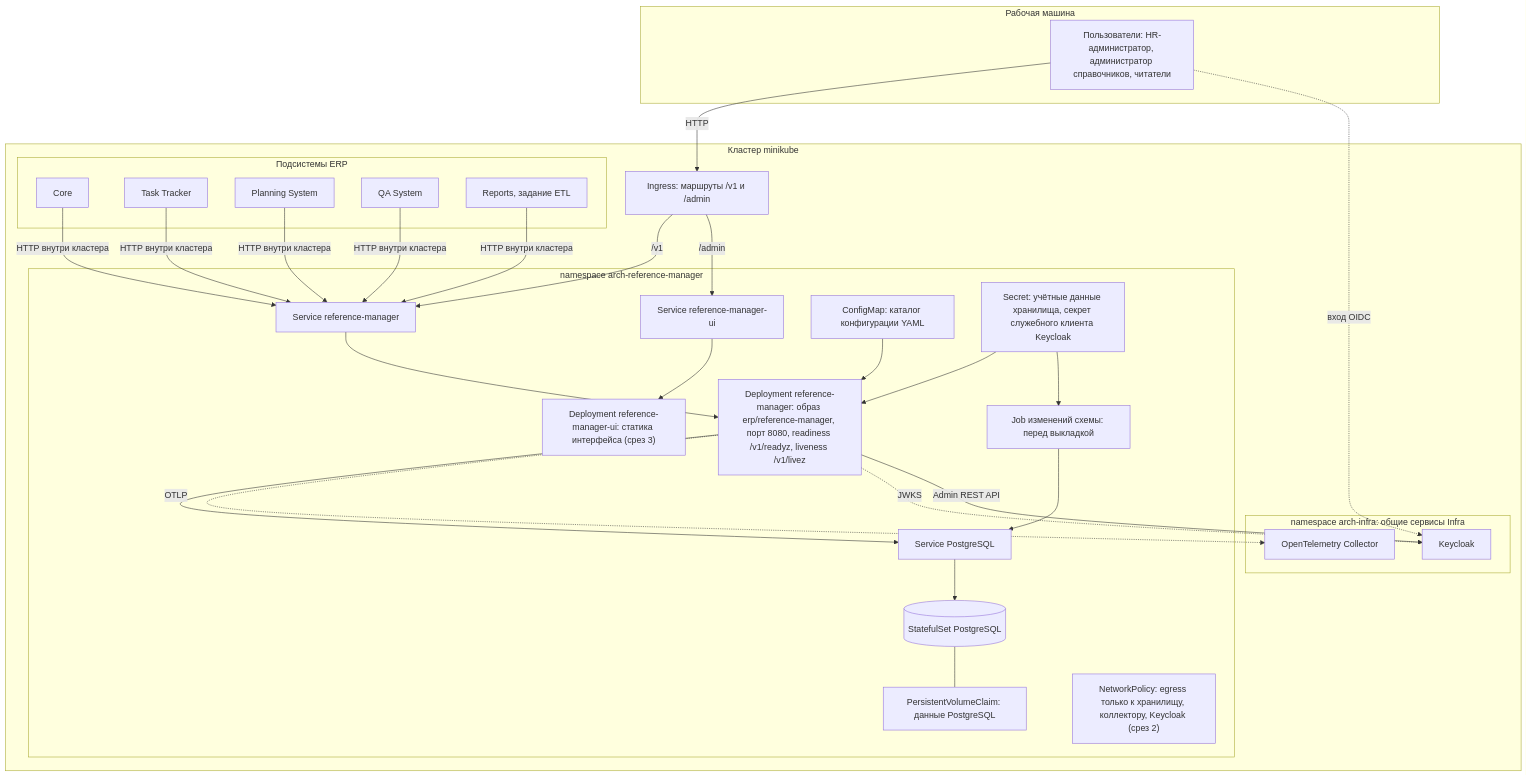
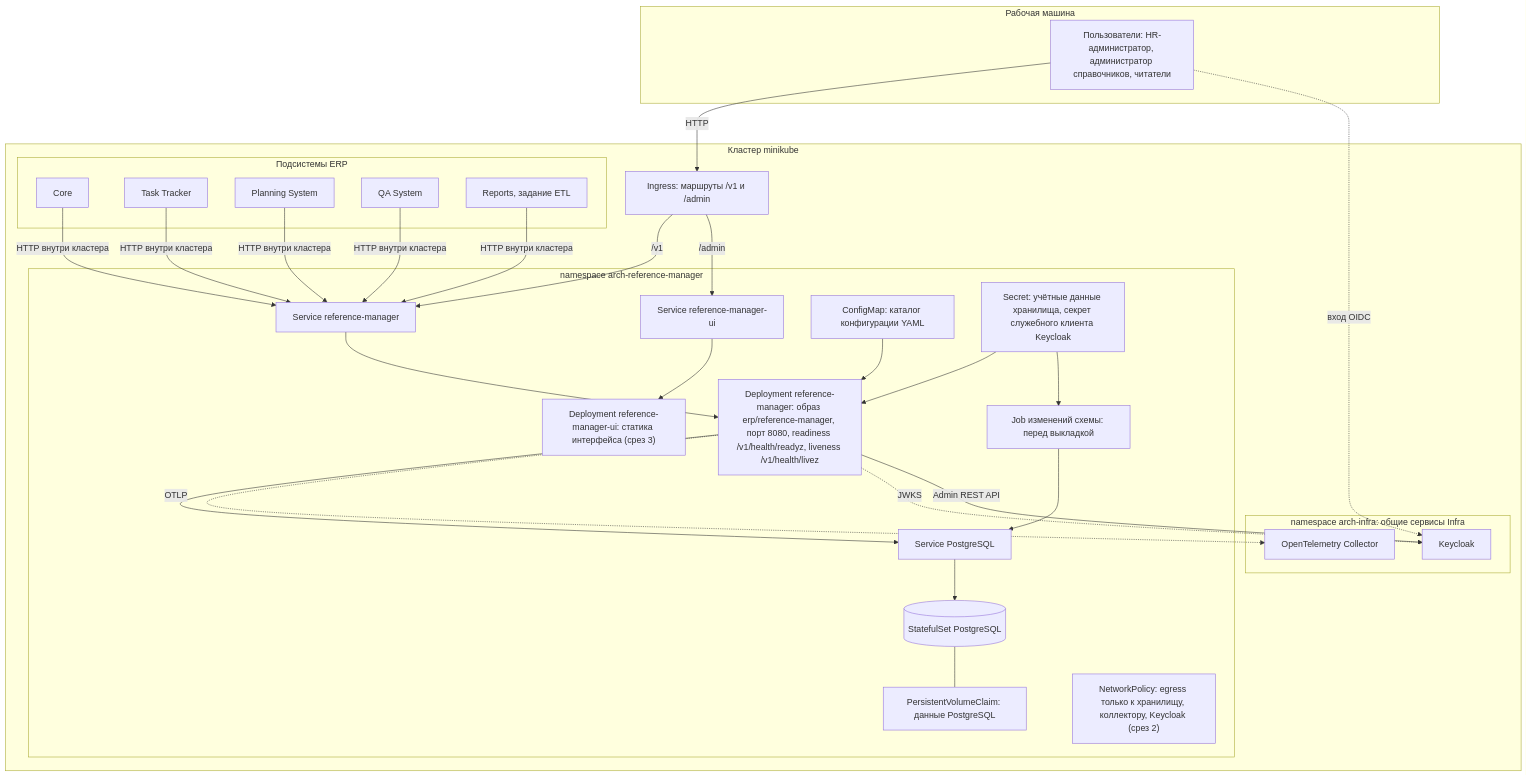
One commit to MEPhI-C22-501/arch-info-system-monorepo changed the first of 2 diagrams in reference-manager/documents/165.deployment-diagram.md. Above: the diagram before and after it, drawn with Mermaid. The commit also changed other lines of this file and 19 other files, not shown here.

First line of the commit message:
docs(reference-manager): address the 2026-10-12 review

````diff
--- a/reference-manager/documents/165.deployment-diagram.md
+++ b/reference-manager/documents/165.deployment-diagram.md
@@ -20,47 +20,47 @@
 ```mermaid
 flowchart TB
     subgraph Ext["Рабочая машина"]
         U["Пользователи: HR-администратор, администратор справочников, читатели"]
     end
     subgraph K8s["Кластер minikube"]
         ING["Ingress: маршруты /v1 и /admin"]
         subgraph NS["namespace arch-reference-manager"]
-            DEP["Deployment reference-manager: образ erp/reference-manager, порт 8080, readiness /v1/readyz, liveness /v1/livez"]
+            DEP["Deployment reference-manager: образ erp/reference-manager, порт 8080, readiness /v1/health/readyz, liveness /v1/health/livez"]
             SVC["Service reference-manager"]
             UID["Deployment reference-manager-ui: статика интерфейса (срез 3)"]
             UIS["Service reference-manager-ui"]
             JOB["Job изменений схемы: перед выкладкой"]
             CM["ConfigMap: каталог конфигурации YAML"]
             SEC["Secret: учётные данные хранилища, секрет служебного клиента Keycloak"]
             PG[("StatefulSet PostgreSQL")]
             PVC["PersistentVolumeClaim: данные PostgreSQL"]
             PGS["Service PostgreSQL"]
             NP["NetworkPolicy: egress только к хранилищу, коллектору, Keycloak (срез 2)"]
         end
         subgraph Shared["namespace arch-infra: общие сервисы Infra"]
             OT["OpenTelemetry Collector"]
             KC["Keycloak"]
         end
         subgraph Consumers["Подсистемы ERP"]
             CORE["Core"]
             TT["Task Tracker"]
             PS["Planning System"]
             QA["QA System"]
             RP["Reports, задание ETL"]
         end
     end
     U -->|"HTTP"| ING
     ING -->|"/v1"| SVC --> DEP
     ING -->|"/admin"| UIS --> UID
     CORE & TT & PS & QA & RP -->|"HTTP внутри кластера"| SVC
     DEP --> PGS --> PG
     PG --- PVC
     JOB --> PGS
     DEP -.->|"OTLP"| OT
     DEP -.->|"JWKS"| KC
     DEP -->|"Admin REST API"| KC
     U -.->|"вход OIDC"| KC
     CM --> DEP
     SEC --> DEP
     SEC --> JOB
 ```
````
